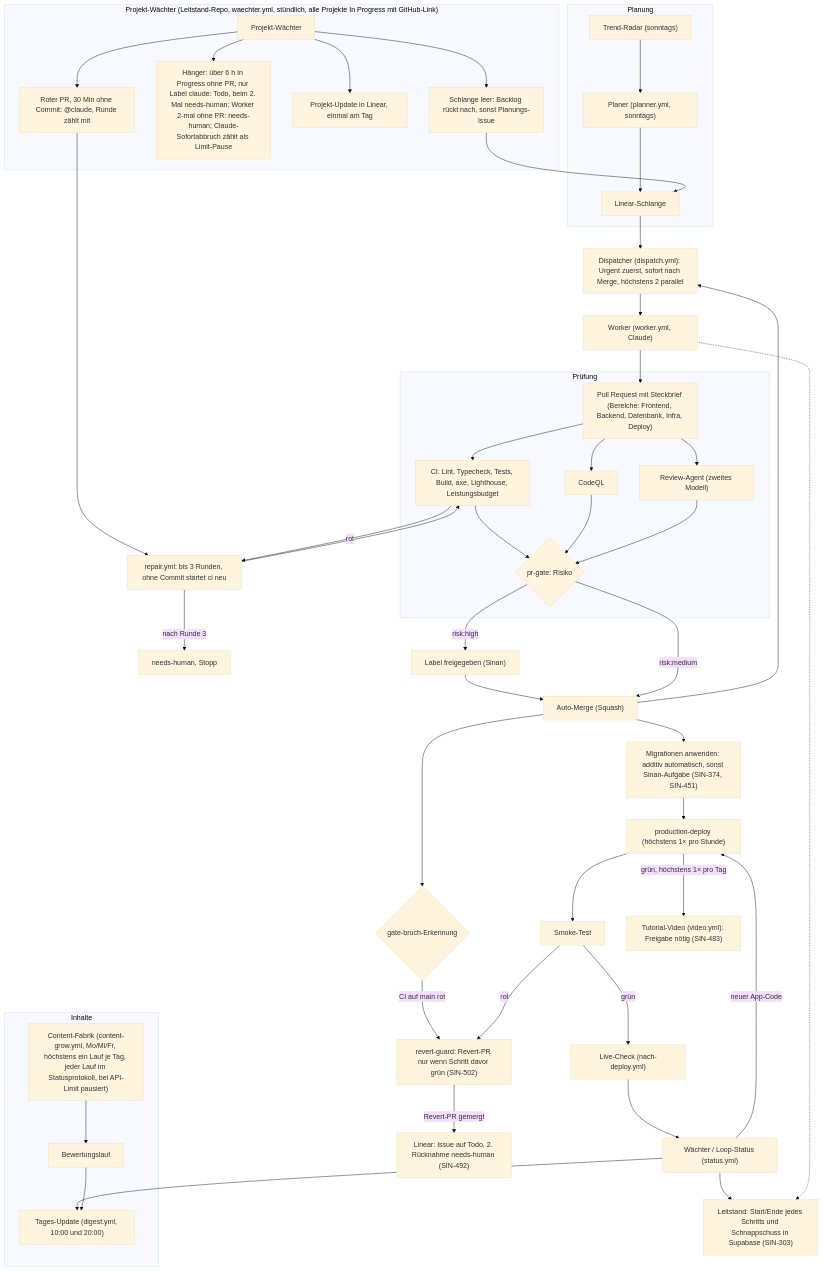
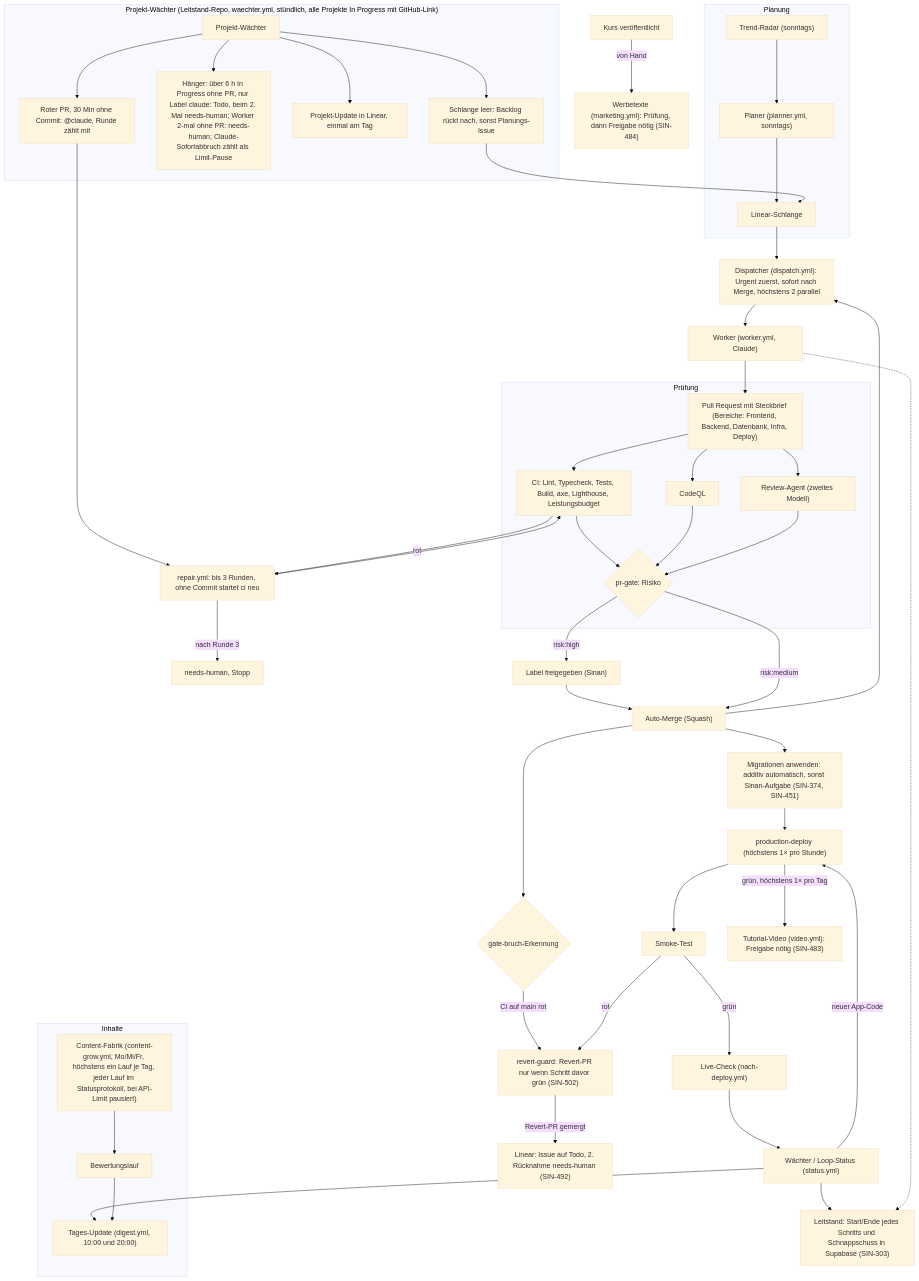
The diagram in docs/diagramme/pipeline.mmd (siinanXD/Content-Agent-Lernapp), drawn with Mermaid (base theme) before and after one commit. The commit also changed 9 other files, not shown here.

Commit message:
feat(marketing): Werbetexte pro fertigem Kurs mit Prüfung und Freigabe (SIN-484) (#319)

```diff
--- a/docs/diagramme/pipeline.mmd
+++ b/docs/diagramme/pipeline.mmd
@@ -1,51 +1,52 @@
 %% Pipeline-Ablauf des Loops, Stand main 09.10. (SIN-376). Quelle für das FigJam-Board „Pipeline-Ablauf“.
 %% Ändern sich .github/workflows/ oder scripts/autonomy/, diese Datei im selben PR anpassen.
 flowchart TD
   subgraph Planung
     Radar["Trend-Radar (sonntags)"] --> Planer
     Planer["Planer (planner.yml, sonntags)"] --> Schlange["Linear-Schlange"]
   end
   Schlange --> Dispatcher["Dispatcher (dispatch.yml): Urgent zuerst, sofort nach Merge, höchstens 2 parallel"]
   Dispatcher --> Worker["Worker (worker.yml, Claude)"]
   Worker --> PR["Pull Request mit Steckbrief (Bereiche: Frontend, Backend, Datenbank, Infra, Deploy)"]
   subgraph Prüfung
     PR --> CI["CI: Lint, Typecheck, Tests, Build, axe, Lighthouse, Leistungsbudget"]
     PR --> CodeQL["CodeQL"]
     PR --> Review["Review-Agent (zweites Modell)"]
     CI --> Gate{"pr-gate: Risiko"}
     CodeQL --> Gate
     Review --> Gate
   end
   CI -- rot --> Repair["repair.yml: bis 3 Runden, ohne Commit startet ci neu"]
   Repair --> CI
   Repair -- "nach Runde 3" --> Mensch["needs-human, Stopp"]
   Gate -- "risk:high" --> Freigabe["Label freigegeben (Sinan)"]
   Freigabe --> Merge
   Gate -- "risk:medium" --> Merge["Auto-Merge (Squash)"]
   Merge --> Dispatcher
   Merge --> Migr["Migrationen anwenden: additiv automatisch, sonst Sinan-Aufgabe (SIN-374, SIN-451)"]
   Merge --> Bruch{"gate-bruch-Erkennung"}
   Bruch -- "CI auf main rot" --> Revert["revert-guard: Revert-PR nur wenn Schritt davor grün (SIN-502)"]
   Revert -- "Revert-PR gemergt" --> LinearTodo["Linear: Issue auf Todo, 2. Rücknahme needs-human (SIN-492)"]
   Migr --> Deploy["production-deploy (höchstens 1× pro Stunde)"]
   Deploy --> Smoke["Smoke-Test"]
   Smoke -- rot --> Revert
   Smoke -- grün --> Live["Live-Check (nach-deploy.yml)"]
   Deploy -- "grün, höchstens 1× pro Tag" --> Video["Tutorial-Video (video.yml): Freigabe nötig (SIN-483)"]
+  Kurs["Kurs veröffentlicht"] -- "von Hand" --> Marketing["Werbetexte (marketing.yml): Prüfung, dann Freigabe nötig (SIN-484)"]
   Live --> Waechter["Wächter / Loop-Status (status.yml)"]
   Waechter -- "neuer App-Code" --> Deploy
   Waechter --> Update["Tages-Update (digest.yml, 10:00 und 20:00)"]
   Waechter --> Leitstand["Leitstand: Start/Ende jedes Schritts und Schnappschuss in Supabase (SIN-303)"]
   Worker -.-> Leitstand
   subgraph Projektwaechter["Projekt-Wächter (Leitstand-Repo, waechter.yml, stündlich, alle Projekte In Progress mit GitHub-Link)"]
     PW["Projekt-Wächter"] --> PWS["Schlange leer: Backlog rückt nach, sonst Planungs-Issue"]
     PW --> PWH["Hänger: über 6 h In Progress ohne PR, nur Label claude: Todo, beim 2. Mal needs-human; Worker 2-mal ohne PR: needs-human; Claude-Sofortabbruch zählt als Limit-Pause"]
     PW --> PWU["Projekt-Update in Linear, einmal am Tag"]
     PW --> PWR["Roter PR, 30 Min ohne Commit: @claude, Runde zählt mit"]
   end
   PWS --> Schlange
   PWR --> Repair
   subgraph Inhalte
     Fabrik["Content-Fabrik (content-grow.yml, Mo/Mi/Fr, höchstens ein Lauf je Tag, jeder Lauf im Statusprotokoll, bei API-Limit pausiert)"] --> Bewertung["Bewertungslauf"]
     Bewertung --> Update
   end
```
